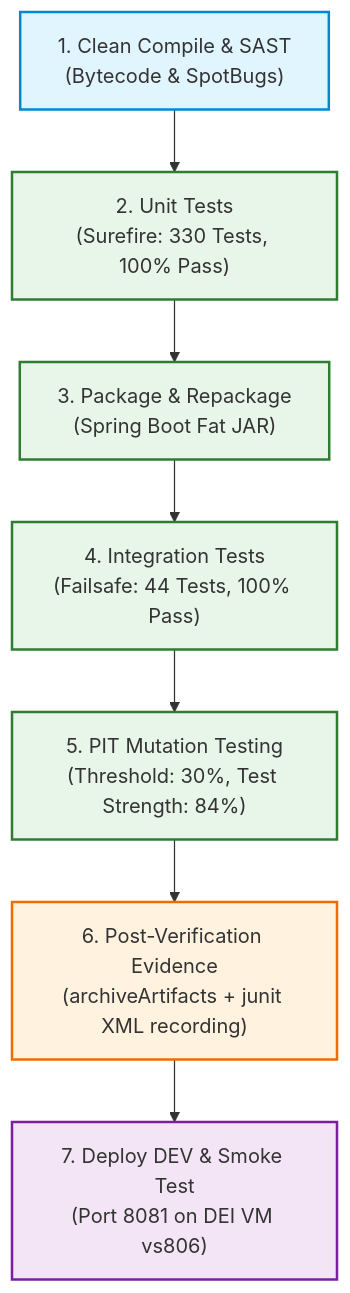
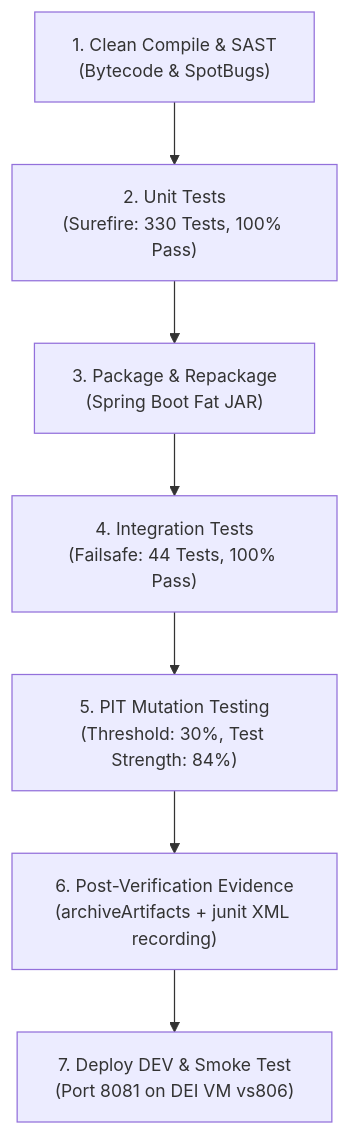
The diagram in Docs/ODSOFT/pipeline/ci-testing-coverage-and-quality-gates.md (RafaelBrandao04/psoft-project-2026-1), drawn with Mermaid before and after one commit. The commit also changed other lines of this file and 6 other files, not shown here.

````diff
--- a/Docs/ODSOFT/pipeline/ci-testing-coverage-and-quality-gates.md
+++ b/Docs/ODSOFT/pipeline/ci-testing-coverage-and-quality-gates.md
@@ -17,19 +17,10 @@
 ```mermaid
+%%{init: {'themeVariables': { 'fontSize': '14px' }, 'flowchart': { 'subGraphTitleMargin': { 'top': 15, 'bottom': 20 } } } }%%
 flowchart TD
     COMPILE["1. Clean Compile & SAST<br/>(Bytecode & SpotBugs)"] --> UNIT["2. Unit Tests<br/>(Surefire: 330 Tests, 100% Pass)"]
     UNIT --> PKG["3. Package & Repackage<br/>(Spring Boot Fat JAR)"]
     PKG --> IT["4. Integration Tests<br/>(Failsafe: 44 Tests, 100% Pass)"]
     IT --> PIT["5. PIT Mutation Testing<br/>(Threshold: 30%, Test Strength: 84%)"]
     PIT --> POST["6. Post-Verification Evidence<br/>(archiveArtifacts + junit XML recording)"]
     POST --> DEV["7. Deploy DEV & Smoke Test<br/>(Port 8081 on DEI VM vs806)"]
-
-    classDef compileStyle fill:#e1f5fe,stroke:#0288d1,stroke-width:2px;
-    classDef testStyle fill:#e8f5e9,stroke:#2e7d32,stroke-width:2px;
-    classDef postStyle fill:#fff3e0,stroke:#ef6c00,stroke-width:2px;
-    classDef cdStyle fill:#f3e5f5,stroke:#7b1fa2,stroke-width:2px;
-
-    class COMPILE compileStyle;
-    class UNIT,PKG,IT,PIT testStyle;
-    class POST postStyle;
-    class DEV cdStyle;
 ```
````
